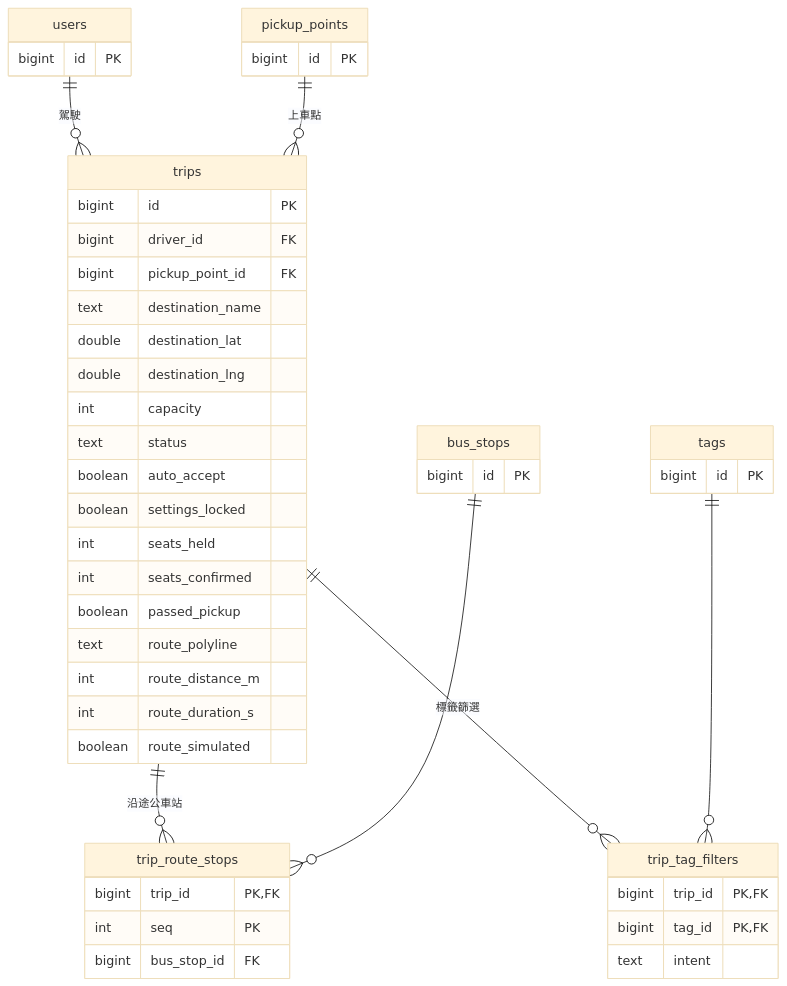
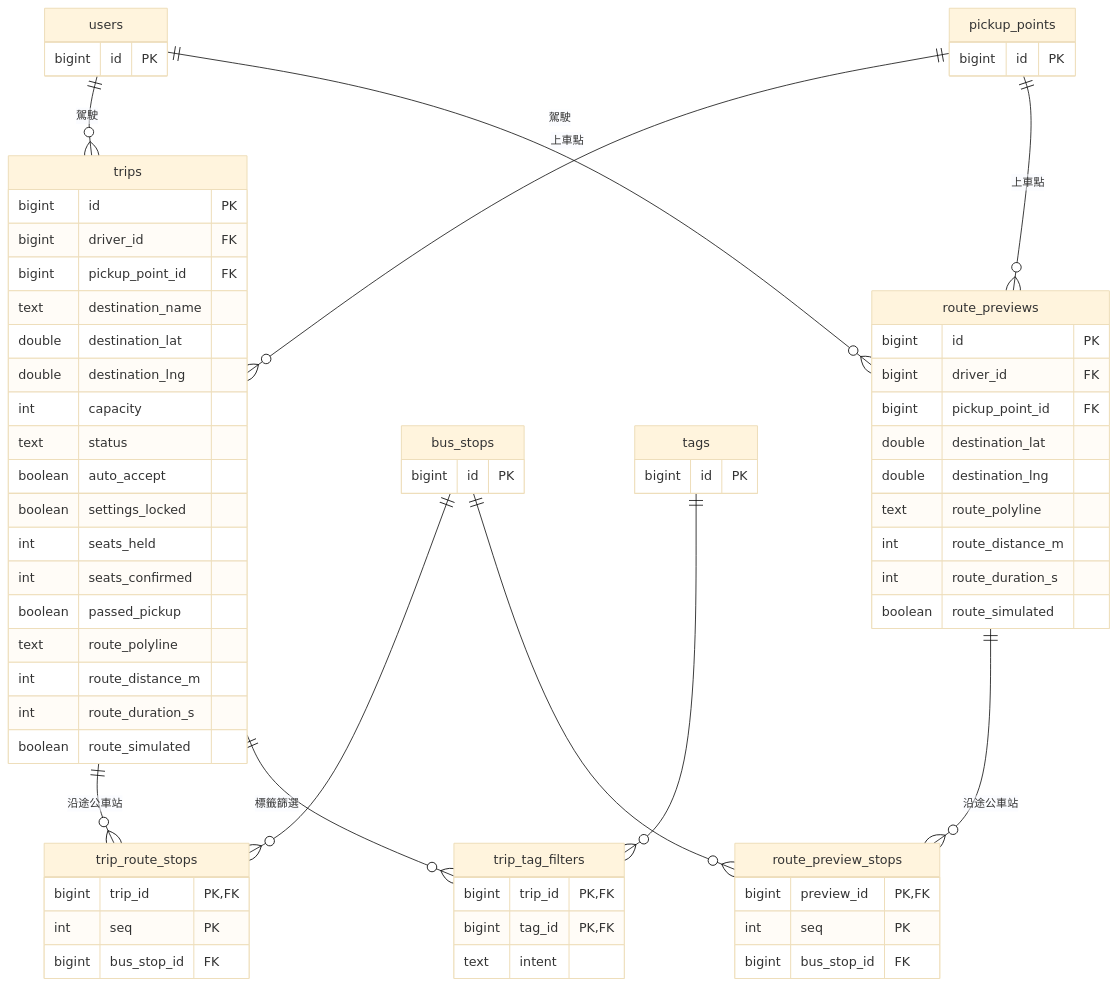
Before and after one commit to sohoffice/debugthon-carpool: the fifth of 13 diagrams in docs/design.md, drawn with Mermaid (base theme). The commit also changed other lines of this file, not shown here.

Commit message:
DD-21: save the route preview and refer to it when departing
The preview was kept in memory and matched by pickup point and
destination, so a restart or another backend instance silently
re-planned at departure. The preview is now saved with its bus stops
and returned with an id; departing with that id copies it into the
trip, and an invalid id is refused instead of re-planning.

````diff
--- a/docs/design.md
+++ b/docs/design.md
@@ -522,51 +522,71 @@
 ```mermaid
 erDiagram
     users ||--o{ trips : "駕駛"
     pickup_points ||--o{ trips : "上車點"
     trips ||--o{ trip_route_stops : "沿途公車站"
     bus_stops ||--o{ trip_route_stops : ""
     trips ||--o{ trip_tag_filters : "標籤篩選"
     tags ||--o{ trip_tag_filters : ""
+    users ||--o{ route_previews : "駕駛"
+    pickup_points ||--o{ route_previews : "上車點"
+    route_previews ||--o{ route_preview_stops : "沿途公車站"
+    bus_stops ||--o{ route_preview_stops : ""
 
     trips {
         bigint id PK
         bigint driver_id FK
         bigint pickup_point_id FK
         text destination_name
         double destination_lat
         double destination_lng
         int capacity
         text status
         boolean auto_accept
         boolean settings_locked
         int seats_held
         int seats_confirmed
         boolean passed_pickup
         text route_polyline
         int route_distance_m
         int route_duration_s
         boolean route_simulated
     }
     trip_route_stops {
         bigint trip_id PK, FK
         int seq PK
         bigint bus_stop_id FK
     }
     trip_tag_filters {
         bigint trip_id PK, FK
         bigint tag_id PK, FK
         text intent
     }
+    route_previews {
+        bigint id PK
+        bigint driver_id FK
+        bigint pickup_point_id FK
+        double destination_lat
+        double destination_lng
+        text route_polyline
+        int route_distance_m
+        int route_duration_s
+        boolean route_simulated
+    }
+    route_preview_stops {
+        bigint preview_id PK, FK
+        int seq PK
+        bigint bus_stop_id FK
+    }
     users {
         bigint id PK
     }
     pickup_points {
         bigint id PK
     }
     bus_stops {
         bigint id PK
     }
     tags {
         bigint id PK
     }
 ```
````
